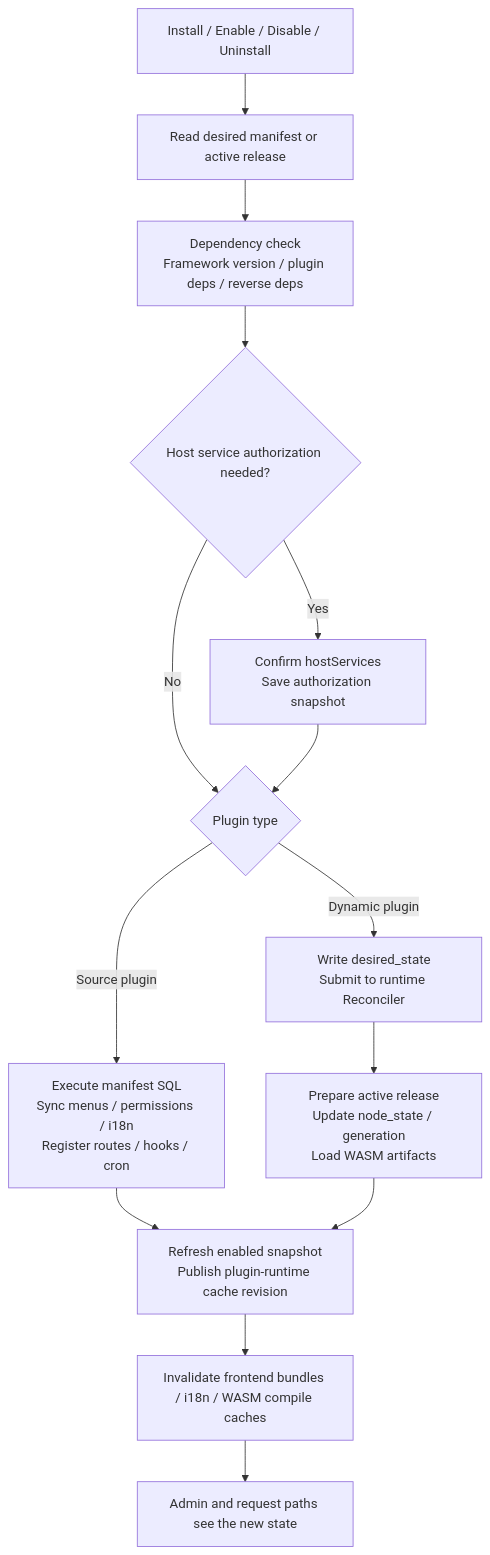
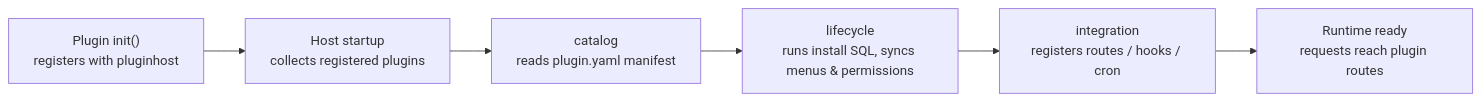
Before and after one commit to linaproai/linapro-site: the second of 5 diagrams in apps/lina-site/i18n/en/docusaurus-plugin-content-docs/current/docs/2000-architecture/4000-plugin-system.md, drawn with Mermaid. The commit also changed other lines of this file and 6 other files, not shown here.

First line of the commit message:
docs(lina-site): rewrite architecture docs and sync EN translations

````diff
--- a/apps/lina-site/i18n/en/docusaurus-plugin-content-docs/current/docs/2000-architecture/4000-plugin-system.md
+++ b/apps/lina-site/i18n/en/docusaurus-plugin-content-docs/current/docs/2000-architecture/4000-plugin-system.md
@@ -230,18 +125,8 @@
 ```mermaid
-flowchart TD
-    A["Install / Enable / Disable / Uninstall"] --> B["Read desired manifest or active release"]
-    B --> C["Dependency check<br/>Framework version / plugin deps / reverse deps"]
-    C --> D{"Host service authorization needed?"}
-    D -->|"Yes"| E["Confirm hostServices<br/>Save authorization snapshot"]
-    D -->|"No"| F{"Plugin type"}
-    E --> F
-
-    F -->|"Source plugin"| G["Execute manifest SQL<br/>Sync menus / permissions / i18n<br/>Register routes / hooks / cron"]
-    F -->|"Dynamic plugin"| H["Write desired_state<br/>Submit to runtime Reconciler"]
-    H --> I["Prepare active release<br/>Update node_state / generation<br/>Load WASM artifacts"]
-
-    G --> J["Refresh enabled snapshot<br/>Publish plugin-runtime cache revision"]
-    I --> J
-    J --> K["Invalidate frontend bundles / i18n / WASM compile caches"]
-    K --> L["Admin and request paths see the new state"]
+flowchart LR
+    A["Plugin init()<br/>registers with pluginhost"] --> B["Host startup<br/>collects registered plugins"]
+    B --> C["catalog<br/>reads plugin.yaml manifest"]
+    C --> D["lifecycle<br/>runs install SQL, syncs menus & permissions"]
+    D --> E["integration<br/>registers routes / hooks / cron"]
+    E --> F["Runtime ready<br/>requests reach plugin routes"]
 ```
````
